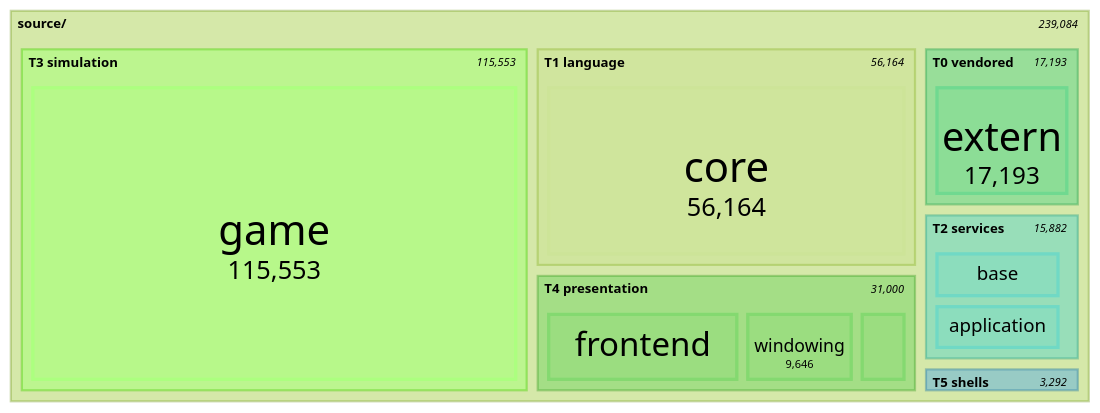
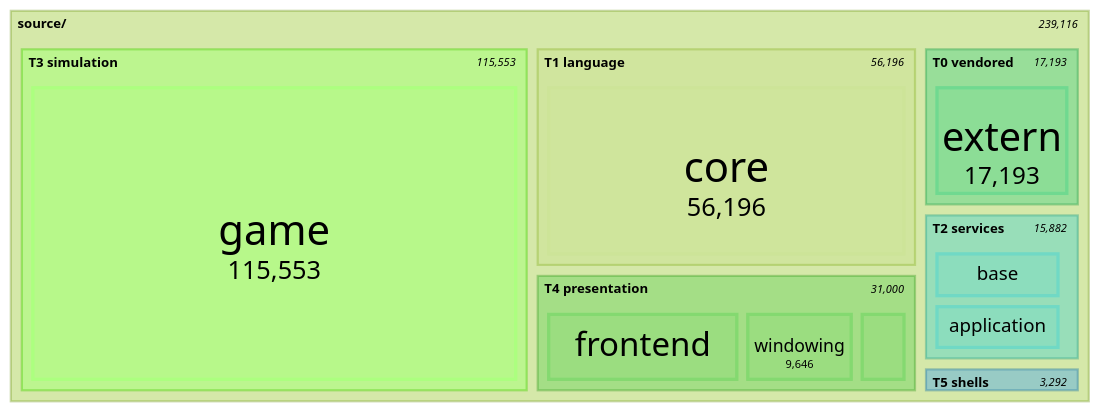
The seventh of 11 diagrams in docs/architecture/system-boundaries.md (apnex/OpenStarbound), drawn with Mermaid (forest theme) before and after one commit. The commit also changed other lines of this file and 3 other files, not shown here.

````diff
--- a/docs/architecture/system-boundaries.md
+++ b/docs/architecture/system-boundaries.md
@@ -592,22 +592,22 @@
 ```mermaid
 treemap-beta
 "source/"
     "T0 vendored"
         "extern": 17193
     "T1 language"
-        "core": 56164
+        "core": 56196
     "T2 services"
         "base": 7449
         "application": 7444
         "metrics": 847
         "platform": 142
     "T3 simulation"
         "game": 115553
     "T4 presentation"
         "frontend": 16863
         "windowing": 9646
         "rendering": 4491
     "T5 shells"
         "client": 2509
         "server": 783
 ```
````
